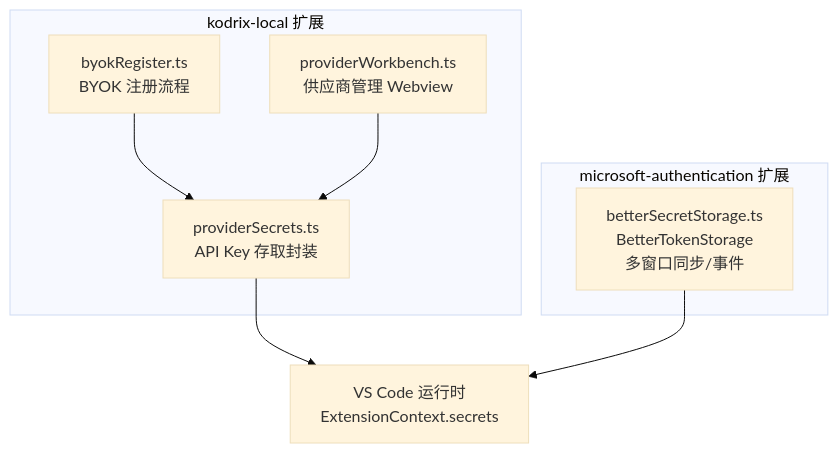
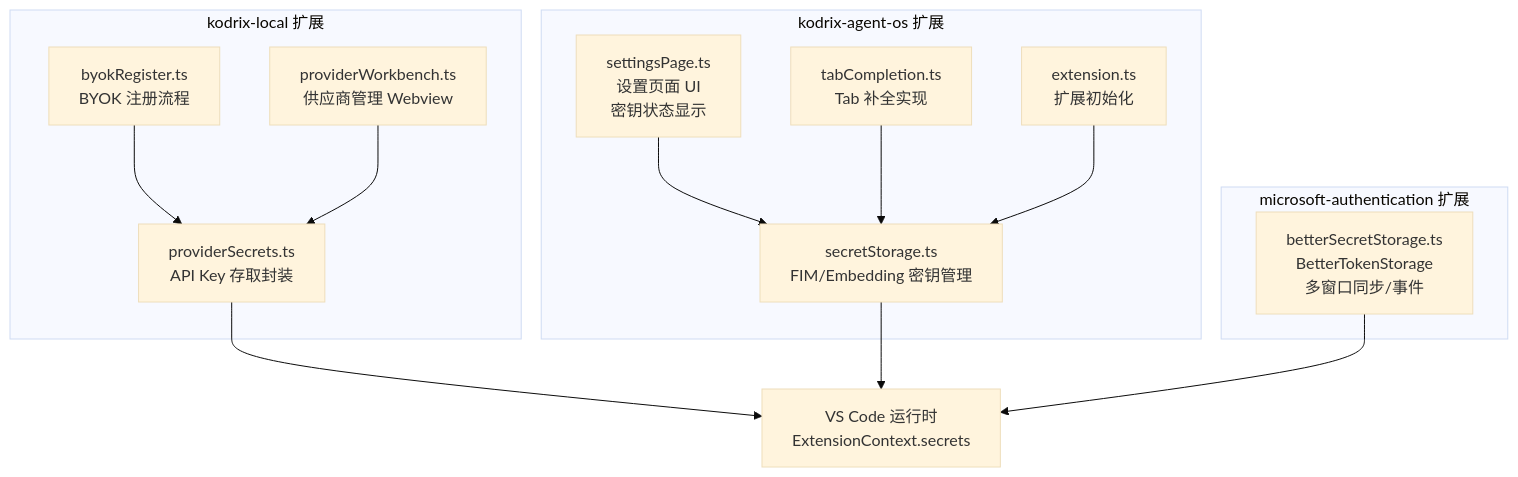
Before and after one commit to sofate798/KodrixCode: the first of 11 diagrams in .qoder/repowiki/zh/content/本地集成/模型供应商管理/凭据安全管理.md, drawn with Mermaid (base theme). The commit also changed other lines of this file and 9 other files, not shown here.

First line of the commit message:
feat(security): 集成 SecretStorage 安全存储机制

````diff
--- a/.qoder/repowiki/zh/content/本地集成/模型供应商管理/凭据安全管理.md
+++ b/.qoder/repowiki/zh/content/本地集成/模型供应商管理/凭据安全管理.md
@@ -32,16 +46,26 @@
 ```mermaid
 graph TB
 subgraph "kodrix-local 扩展"
 PS["providerSecrets.ts<br/>API Key 存取封装"]
 BR["byokRegister.ts<br/>BYOK 注册流程"]
 PW["providerWorkbench.ts<br/>供应商管理 Webview"]
+end
+subgraph "kodrix-agent-os 扩展"
+SS["secretStorage.ts<br/>FIM/Embedding 密钥管理"]
+SP["settingsPage.ts<br/>设置页面 UI<br/>密钥状态显示"]
+TC["tabCompletion.ts<br/>Tab 补全实现"]
+EX["extension.ts<br/>扩展初始化"]
 end
 subgraph "microsoft-authentication 扩展"
 BTS["betterSecretStorage.ts<br/>BetterTokenStorage<br/>多窗口同步/事件"]
 end
 VSCode["VS Code 运行时<br/>ExtensionContext.secrets"]
 PS --> VSCode
 BR --> PS
 PW --> PS
+SS --> VSCode
+SP --> SS
+TC --> SS
+EX --> SS
 BTS --> VSCode
 ```
````
